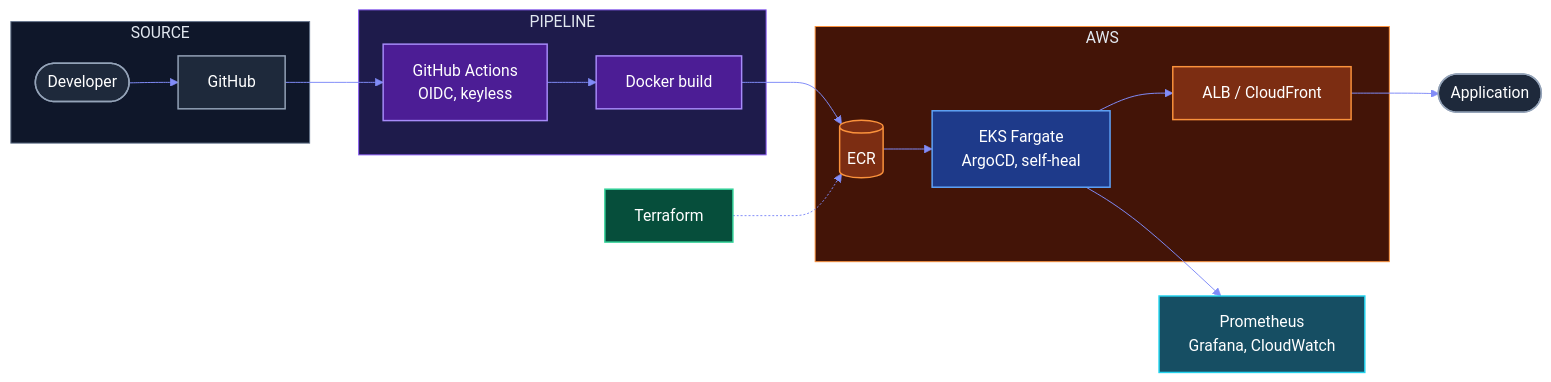
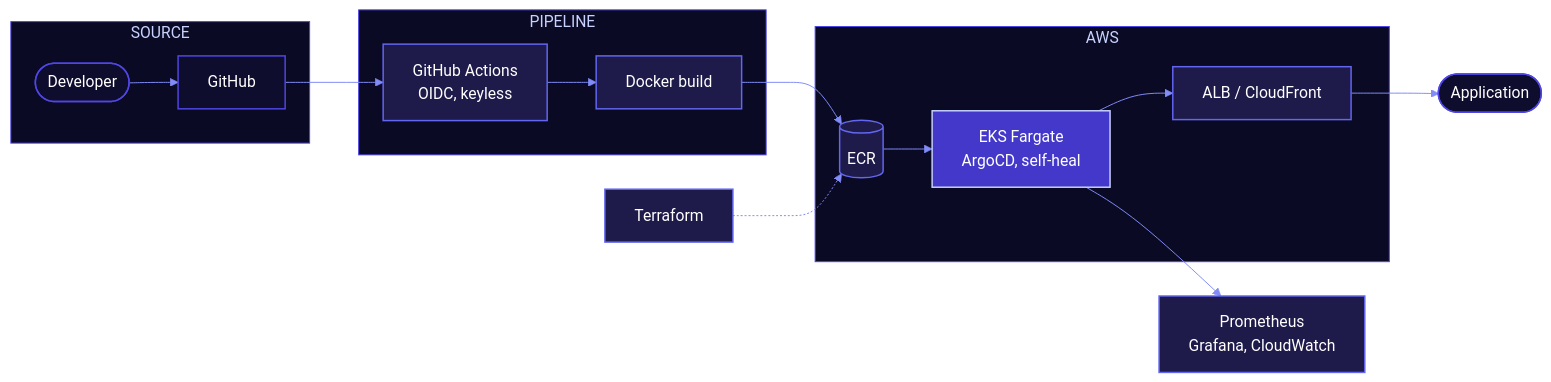
The first of 6 diagrams in README.md (Rohit-1920/Rohit-1920), drawn with Mermaid before and after one commit. The commit also changed other lines of this file, not shown here.

````diff
--- a/README.md
+++ b/README.md
@@ -93,35 +93,35 @@
 ```mermaid
 %%{init: {'theme':'base','themeVariables':{'fontFamily':'Inter, ui-sans-serif, system-ui, sans-serif','lineColor':'#818CF8','textColor':'#E2E8F0','edgeLabelBackground':'#1E1B4B','primaryTextColor':'#FFFFFF'}}}%%
 flowchart LR
   subgraph SRC["SOURCE"]
     DEV(["Developer"]) --> GH["GitHub"]
   end
   subgraph PIPE["PIPELINE"]
     GA["GitHub Actions<br/>OIDC, keyless"] --> BLD["Docker build"]
   end
   subgraph AWS["AWS"]
     ECR[("ECR")] --> EKS["EKS Fargate<br/>ArgoCD, self-heal"]
     EKS --> EDGE["ALB / CloudFront"]
   end
   GH --> GA
   BLD --> ECR
   EDGE --> APP(["Application"])
   EKS --> OBS["Prometheus<br/>Grafana, CloudWatch"]
   TF["Terraform"] -.-> ECR
-  style SRC fill:#0F172A,stroke:#64748B,color:#E2E8F0
-  style PIPE fill:#1E1B4B,stroke:#8B5CF6,color:#E2E8F0
-  style AWS fill:#431407,stroke:#FB923C,color:#E2E8F0
-classDef aws fill:#7C2D12,stroke:#FB923C,color:#FFF,stroke-width:1.5px
-classDef k8s fill:#1E3A8A,stroke:#60A5FA,color:#FFF,stroke-width:1.5px
-classDef ci fill:#4C1D95,stroke:#A78BFA,color:#FFF,stroke-width:1.5px
-classDef iac fill:#064E3B,stroke:#34D399,color:#FFF,stroke-width:1.5px
-classDef obs fill:#164E63,stroke:#22D3EE,color:#FFF,stroke-width:1.5px
-classDef sec fill:#881337,stroke:#FB7185,color:#FFF,stroke-width:1.5px
-classDef neu fill:#1E293B,stroke:#94A3B8,color:#FFF,stroke-width:1.5px
+  style SRC fill:#0B0A24,stroke:#4F46E5,color:#C7D2FE
+  style PIPE fill:#0B0A24,stroke:#4F46E5,color:#C7D2FE
+  style AWS fill:#0B0A24,stroke:#4F46E5,color:#C7D2FE
+classDef aws fill:#1E1B4B,stroke:#6366F1,color:#FFF,stroke-width:1.5px
+classDef k8s fill:#4338CA,stroke:#C7D2FE,color:#FFF,stroke-width:1.5px
+classDef ci fill:#1E1B4B,stroke:#6366F1,color:#FFF,stroke-width:1.5px
+classDef iac fill:#1E1B4B,stroke:#6366F1,color:#FFF,stroke-width:1.5px
+classDef obs fill:#1E1B4B,stroke:#6366F1,color:#FFF,stroke-width:1.5px
+classDef sec fill:#1E1B4B,stroke:#6366F1,color:#FFF,stroke-width:1.5px
+classDef neu fill:#0F0D2E,stroke:#4F46E5,color:#FFF,stroke-width:1.5px
 class DEV,GH,APP neu
 class GA,BLD ci
 class ECR,EDGE aws
 class EKS k8s
 class OBS obs
 class TF iac
 ```
````
